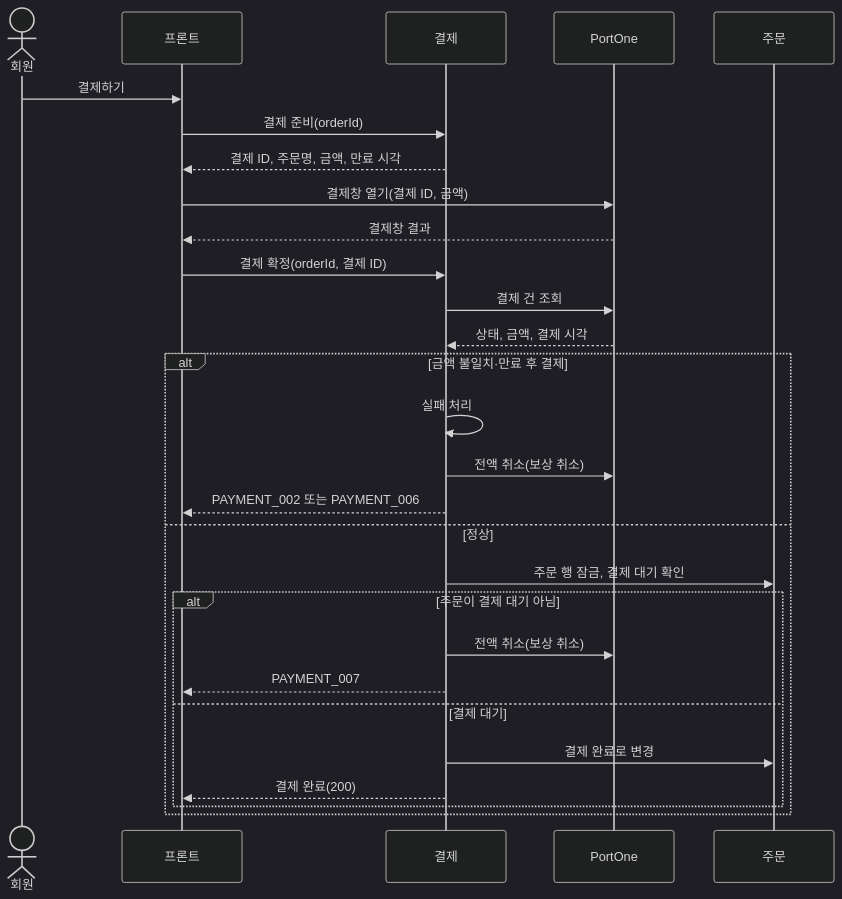
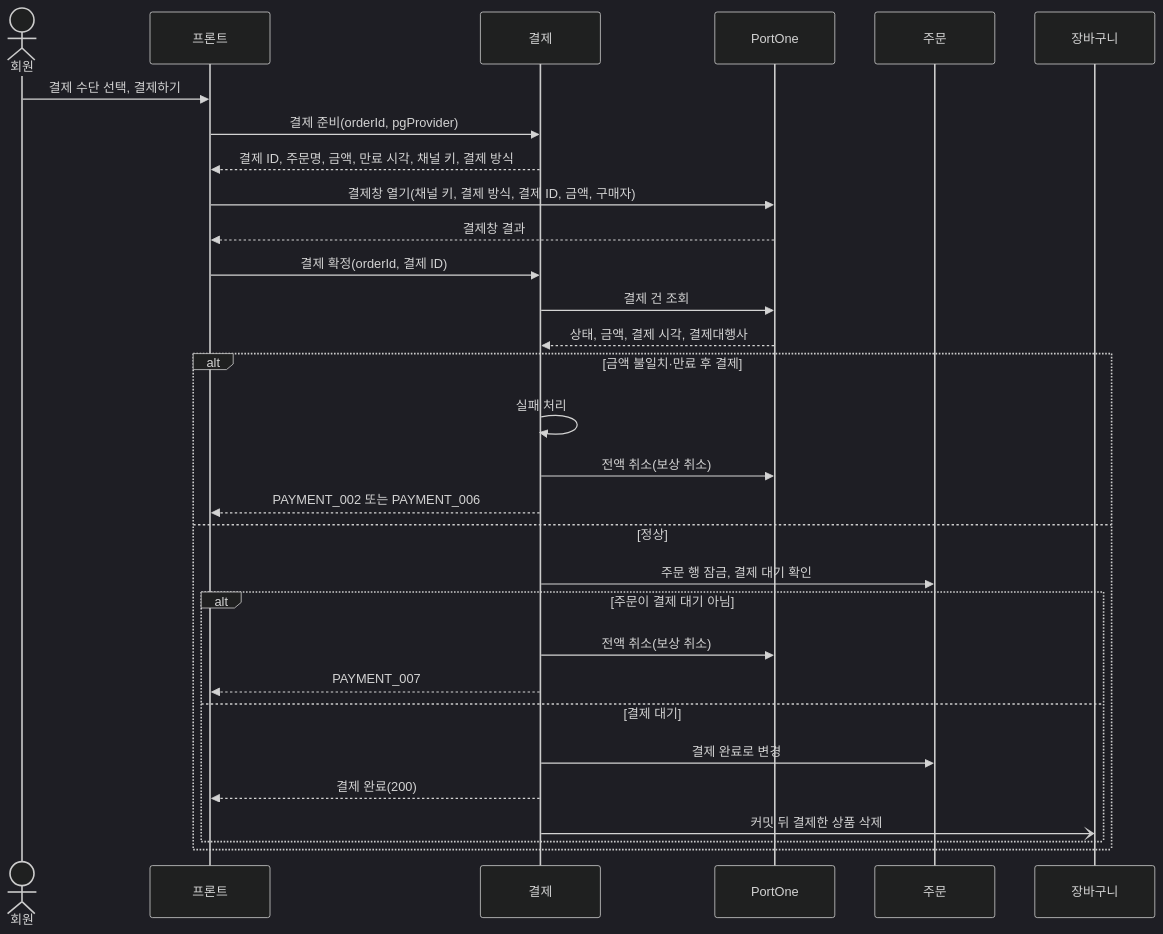
One commit to sparta-final-4/take-care-of-my-fridge changed the first of 2 diagrams in docs/architecture/domains/payment.md. Above: the diagram before and after it, drawn with Mermaid (dark theme). The commit also changed other lines of this file and 11 other files, not shown here.

````diff
--- a/docs/architecture/domains/payment.md
+++ b/docs/architecture/domains/payment.md
@@ -57,30 +66,32 @@
 ```mermaid
 sequenceDiagram
     actor 회원
     participant 프론트
     participant 결제
     participant PG as PortOne
     participant 주문
-    회원->>프론트: 결제하기
-    프론트->>결제: 결제 준비(orderId)
-    결제-->>프론트: 결제 ID, 주문명, 금액, 만료 시각
-    프론트->>PG: 결제창 열기(결제 ID, 금액)
+    participant 장바구니
+    회원->>프론트: 결제 수단 선택, 결제하기
+    프론트->>결제: 결제 준비(orderId, pgProvider)
+    결제-->>프론트: 결제 ID, 주문명, 금액, 만료 시각, 채널 키, 결제 방식
+    프론트->>PG: 결제창 열기(채널 키, 결제 방식, 결제 ID, 금액, 구매자)
     PG-->>프론트: 결제창 결과
     프론트->>결제: 결제 확정(orderId, 결제 ID)
     결제->>PG: 결제 건 조회
-    PG-->>결제: 상태, 금액, 결제 시각
+    PG-->>결제: 상태, 금액, 결제 시각, 결제대행사
     alt 금액 불일치·만료 후 결제
         결제->>결제: 실패 처리
         결제->>PG: 전액 취소(보상 취소)
         결제-->>프론트: PAYMENT_002 또는 PAYMENT_006
     else 정상
         결제->>주문: 주문 행 잠금, 결제 대기 확인
         alt 주문이 결제 대기 아님
             결제->>PG: 전액 취소(보상 취소)
             결제-->>프론트: PAYMENT_007
         else 결제 대기
             결제->>주문: 결제 완료로 변경
             결제-->>프론트: 결제 완료(200)
+            결제-)장바구니: 커밋 뒤 결제한 상품 삭제
         end
     end
 ```
````
